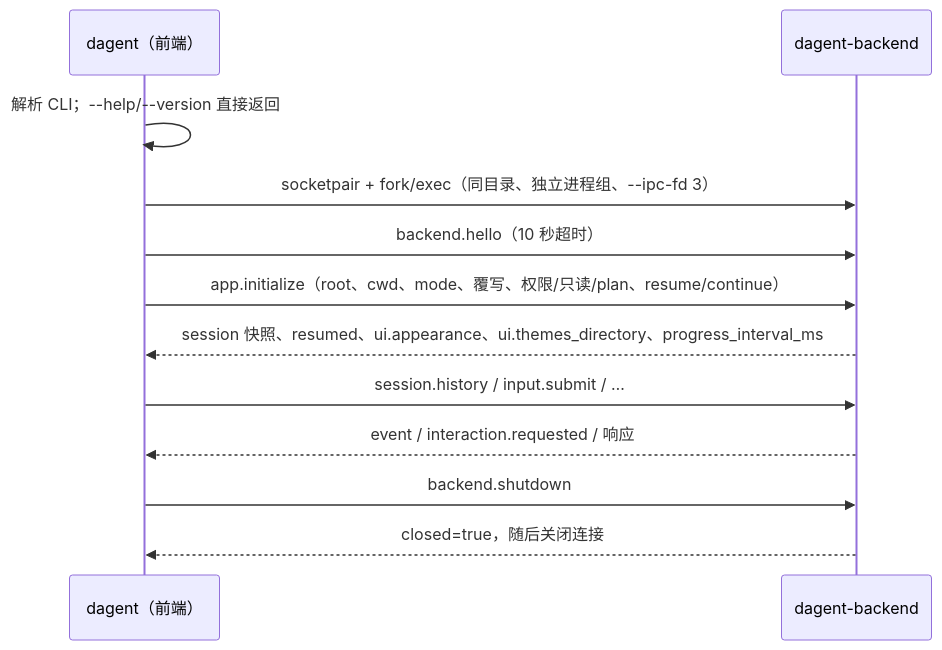
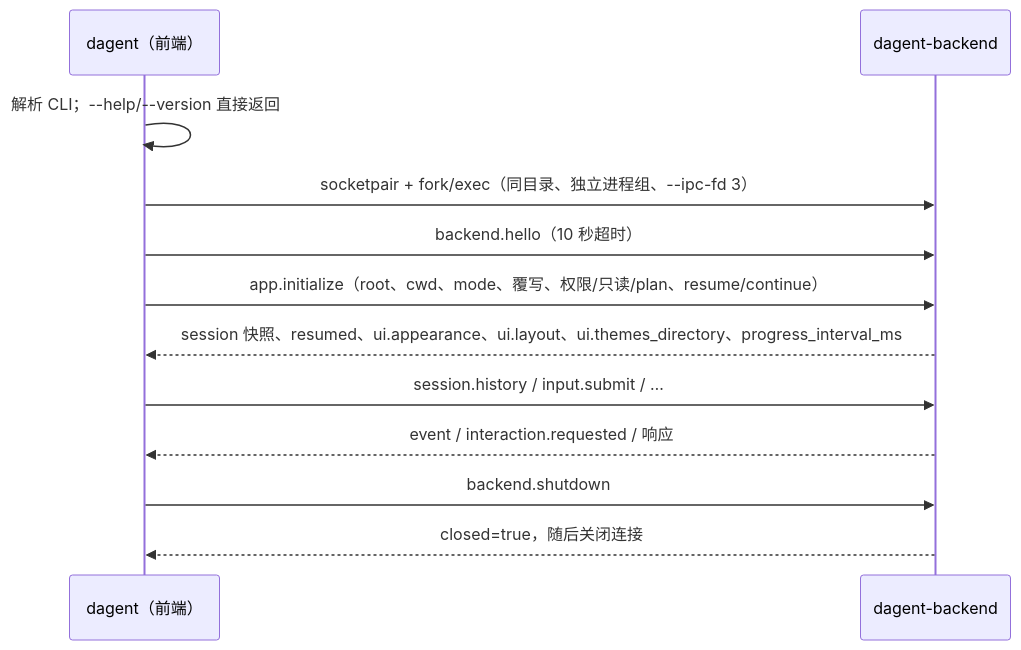
The diagram in docs/design/protocol.md (Summer-DeZ/DAgent), drawn with Mermaid before and after one commit. The commit also changed other lines of this file and 29 other files, not shown here.

````diff
--- a/docs/design/protocol.md
+++ b/docs/design/protocol.md
@@ -20,14 +20,14 @@
 ```mermaid
 sequenceDiagram
     participant F as dagent（前端）
     participant B as dagent-backend
     F->>F: 解析 CLI；--help/--version 直接返回
     F->>B: socketpair + fork/exec（同目录、独立进程组、--ipc-fd 3）
     F->>B: backend.hello（10 秒超时）
     F->>B: app.initialize（root、cwd、mode、覆写、权限/只读/plan、resume/continue）
-    B-->>F: session 快照、resumed、ui.appearance、ui.themes_directory、progress_interval_ms
+    B-->>F: session 快照、resumed、ui.appearance、ui.layout、ui.themes_directory、progress_interval_ms
     F->>B: session.history / input.submit / …
     B-->>F: event / interaction.requested / 响应
     F->>B: backend.shutdown
     B-->>F: closed=true，随后关闭连接
 ```
````
